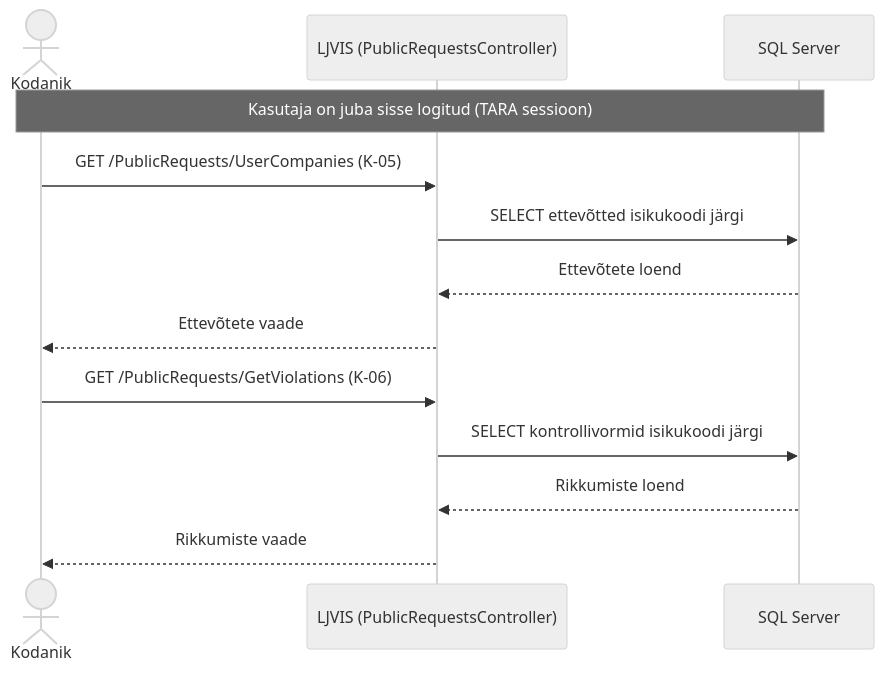
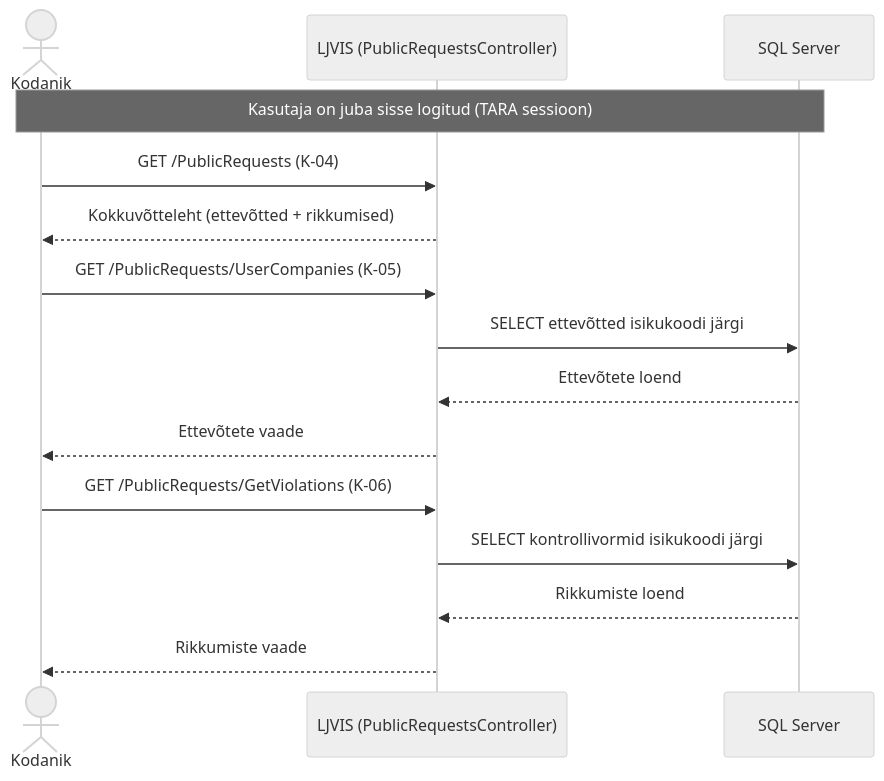
One commit to kemit-ee/ljvis-2 changed the second of 19 diagrams in architecture/use-cases.md. Above: the diagram before and after it, drawn with Mermaid (neutral theme). The commit also changed other lines of this file, not shown here.

````diff
--- a/architecture/use-cases.md
+++ b/architecture/use-cases.md
@@ -298,18 +313,21 @@
 ```mermaid
 sequenceDiagram
     actor Kodanik
     participant UI as LJVIS (PublicRequestsController)
     participant DB as SQL Server
 
     Note over Kodanik,DB: Kasutaja on juba sisse logitud (TARA sessioon)
+
+    Kodanik->>UI: GET /PublicRequests (K-04)
+    UI-->>Kodanik: Kokkuvõtteleht (ettevõtted + rikkumised)
 
     Kodanik->>UI: GET /PublicRequests/UserCompanies (K-05)
     UI->>DB: SELECT ettevõtted isikukoodi järgi
     DB-->>UI: Ettevõtete loend
     UI-->>Kodanik: Ettevõtete vaade
 
     Kodanik->>UI: GET /PublicRequests/GetViolations (K-06)
     UI->>DB: SELECT kontrollivormid isikukoodi järgi
     DB-->>UI: Rikkumiste loend
     UI-->>Kodanik: Rikkumiste vaade
 ```
````
